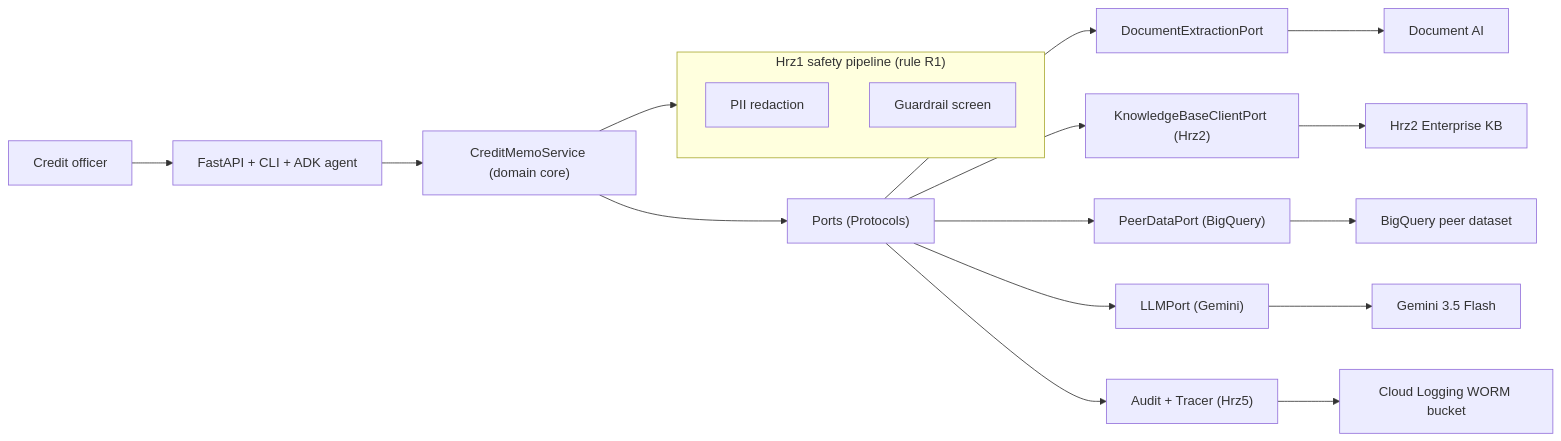
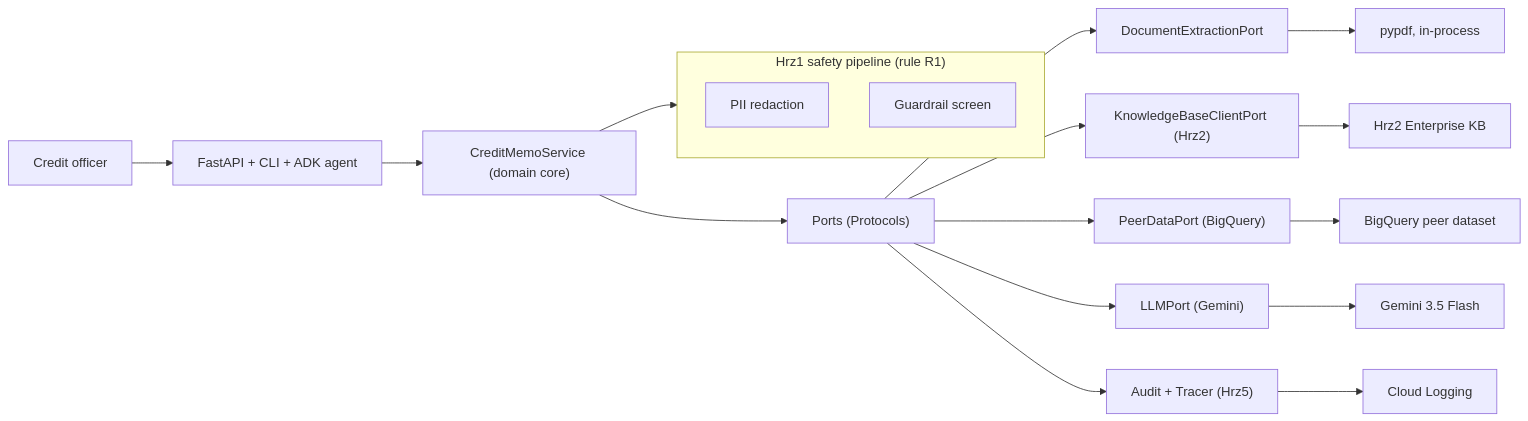
One commit to portable-genai/credit-memo-drafting changed the first of 2 diagrams in README.md. Above: the diagram before and after it, drawn with Mermaid. The commit also changed 36 other files, not shown here.

````diff
--- a/README.md
+++ b/README.md
@@ -40,21 +40,21 @@
 ```mermaid
 flowchart LR
   officer["Credit officer"] --> api["FastAPI + CLI + ADK agent"]
   api --> svc["CreditMemoService (domain core)"]
   subgraph safety["Hrz1 safety pipeline (rule R1)"]
     redact["PII redaction"]
     guard["Guardrail screen"]
   end
   svc --> safety
   svc --> ports["Ports (Protocols)"]
   ports --> extract["DocumentExtractionPort"]
   ports --> kb["KnowledgeBaseClientPort (Hrz2)"]
   ports --> peers["PeerDataPort (BigQuery)"]
   ports --> llm["LLMPort (Gemini)"]
   ports --> obs["Audit + Tracer (Hrz5)"]
-  extract --> docai["Document AI"]
+  extract --> parse["pypdf, in-process"]
   kb --> a2["Hrz2 Enterprise KB"]
   peers --> bq["BigQuery peer dataset"]
   llm --> gemini["Gemini 3.5 Flash"]
-  obs --> worm["Cloud Logging WORM bucket"]
+  obs --> logs["Cloud Logging"]
 ```
````
